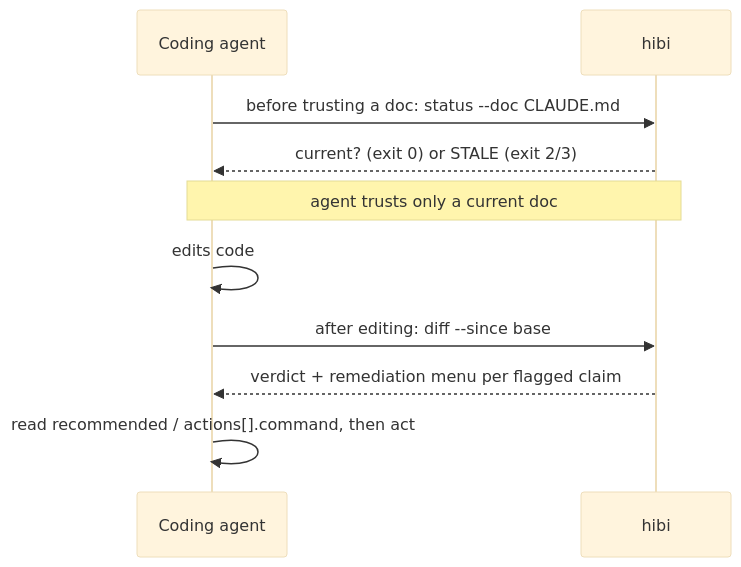
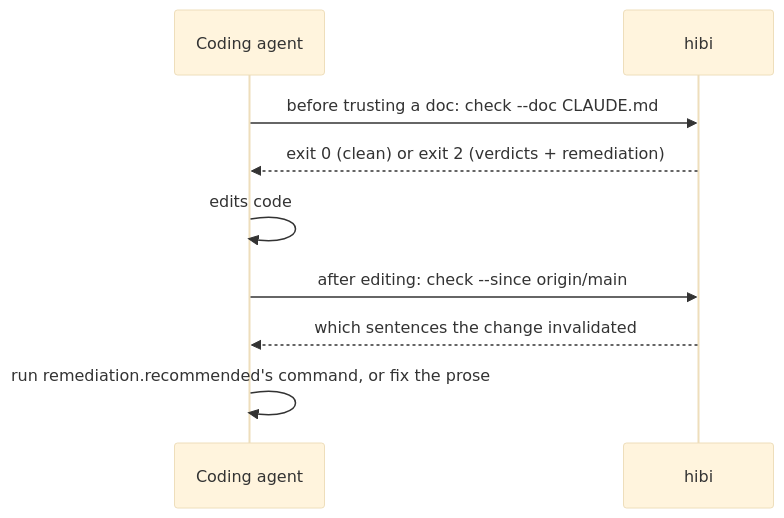
Before and after one commit to npupko/hibi: the diagram in docs/claude-code.mdx, drawn with Mermaid (base theme). The commit also changed other lines of this file and 213 other files, not shown here.

````diff
--- a/docs/claude-code.mdx
+++ b/docs/claude-code.mdx
@@ -27,12 +31,11 @@
 ```mermaid
 sequenceDiagram
   participant A as Coding agent
   participant H as hibi
-  A->>H: before trusting a doc: status --doc CLAUDE.md
-  H-->>A: current? (exit 0) or STALE (exit 2/3)
-  Note over A,H: agent trusts only a current doc
+  A->>H: before trusting a doc: check --doc CLAUDE.md
+  H-->>A: exit 0 (clean) or exit 2 (verdicts + remediation)
   A->>A: edits code
-  A->>H: after editing: diff --since base
-  H-->>A: verdict + remediation menu per flagged claim
-  A->>A: read recommended / actions[].command, then act
+  A->>H: after editing: check --since origin/main
+  H-->>A: which sentences the change invalidated
+  A->>A: run remediation.recommended's command, or fix the prose
 ```
````
